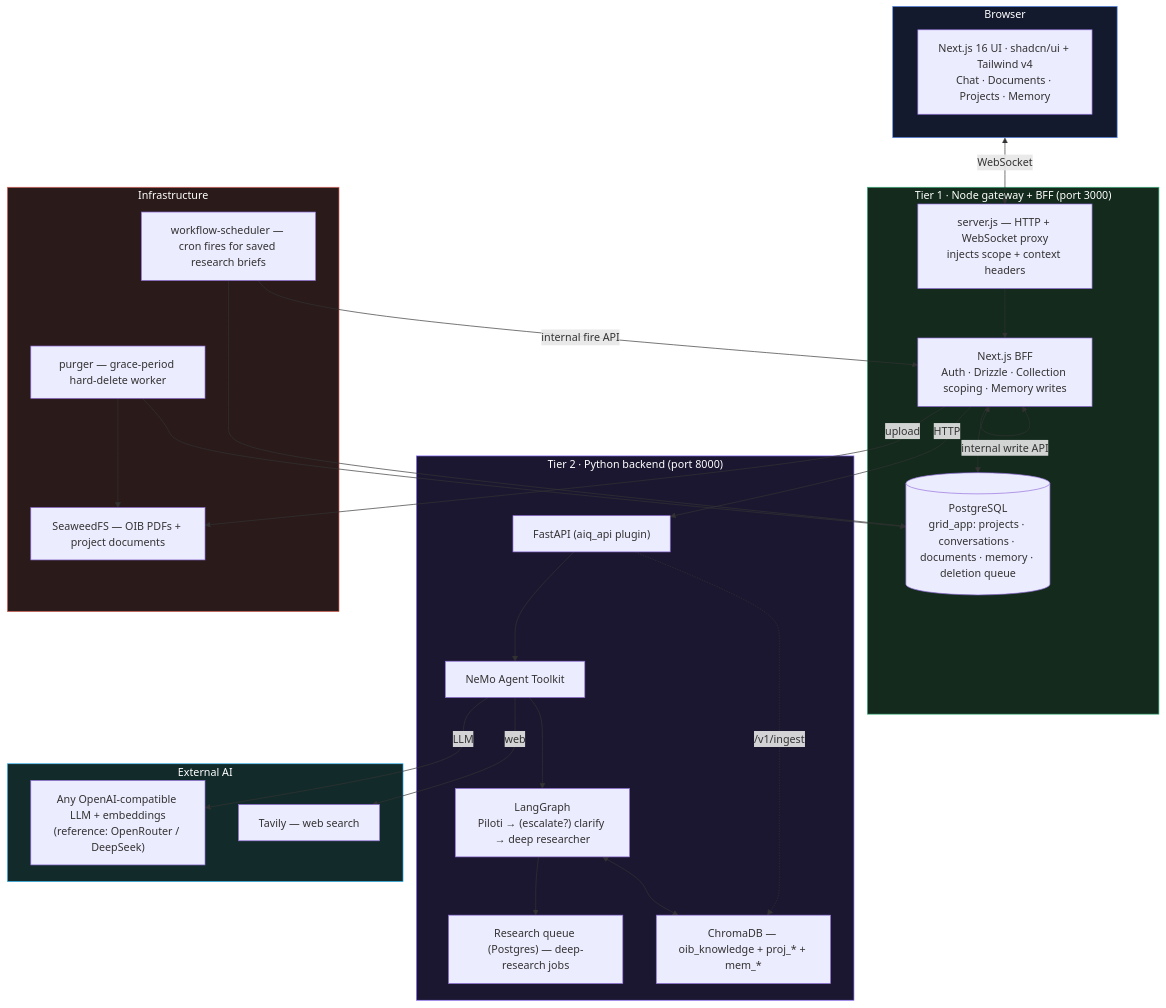
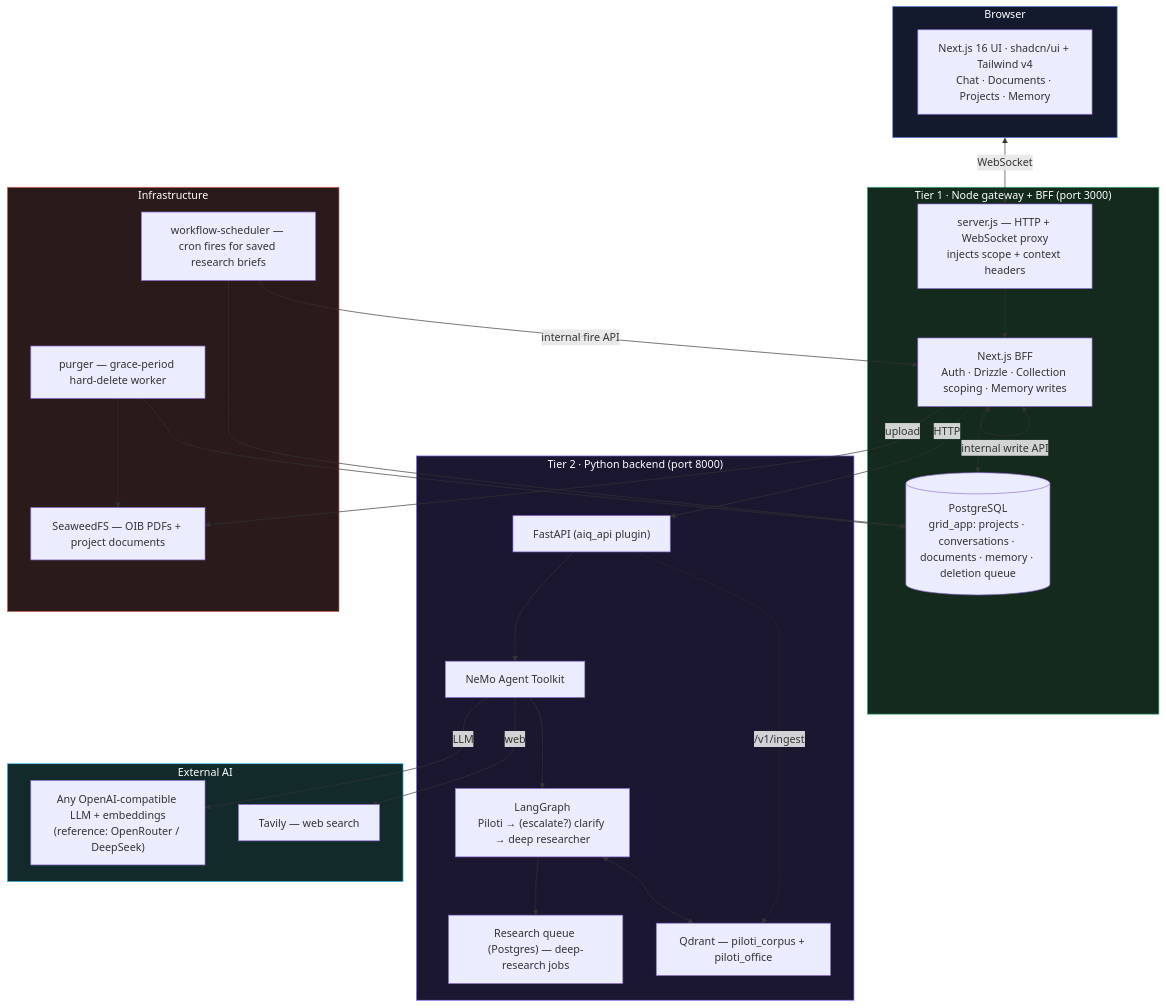
Before and after one commit to GRID-check/archos: the diagram in README.md, drawn with Mermaid. The commit also changed other lines of this file and 338 other files, not shown here.

First line of the commit message:
feat(knowledge)!: replace Chroma with Qdrant, with a one-time migration and one-query cross-project search (#1019)

````diff
--- a/README.md
+++ b/README.md
@@ -43,53 +43,53 @@
 ```mermaid
 flowchart TB
     subgraph Browser["Browser"]
         UI["Next.js 16 UI · shadcn/ui + Tailwind v4<br/>Chat · Documents · Projects · Memory"]
     end
 
     subgraph Gateway["Tier 1 · Node gateway + BFF (port 3000)"]
         GW["server.js — HTTP + WebSocket proxy<br/>injects scope + context headers"]
         BFF["Next.js BFF<br/>Auth · Drizzle · Collection scoping · Memory writes"]
         DB[(PostgreSQL<br/>grid_app: projects · conversations · documents · memory · deletion queue)]
     end
 
     subgraph Backend["Tier 2 · Python backend (port 8000)"]
         FAST["FastAPI (aiq_api plugin)"]
         NAT["NeMo Agent Toolkit"]
         LG["LangGraph<br/>Piloti → (escalate?) clarify → deep researcher"]
         JOBS["Research queue (Postgres) — deep-research jobs"]
-        CHROMA["ChromaDB — oib_knowledge + proj_* + mem_*"]
+        QDRANT["Qdrant — piloti_corpus + piloti_office"]
     end
 
     subgraph Storage["Infrastructure"]
         SEAWEED["SeaweedFS — OIB PDFs + project documents"]
         PURGER["purger — grace-period hard-delete worker"]
         WFS["workflow-scheduler — cron fires for saved research briefs"]
     end
 
     subgraph External["External AI"]
         OR["Any OpenAI-compatible LLM + embeddings<br/>(reference: OpenRouter / DeepSeek)"]
         TAVILY["Tavily — web search"]
     end
 
     Browser <-->|WebSocket| GW
     GW --> BFF
     BFF <--> DB
     BFF -->|HTTP| FAST
     BFF -->|internal write API| BFF
     FAST --> NAT --> LG --> JOBS
-    LG <--> CHROMA
+    LG <--> QDRANT
     BFF -->|upload| SEAWEED
-    FAST -.->|/v1/ingest| CHROMA
+    FAST -.->|/v1/ingest| QDRANT
     PURGER --> DB
     PURGER --> SEAWEED
     WFS --> DB
     WFS -->|internal fire API| BFF
     NAT -->|LLM| OR
     NAT -->|web| TAVILY
 
     style Browser fill:#141a2e,stroke:#5b8def,color:#fff
     style Gateway fill:#132a1d,stroke:#3fb27f,color:#fff
     style Backend fill:#1b1730,stroke:#8a6cff,color:#fff
     style Storage fill:#2a1a1a,stroke:#e0685b,color:#fff
     style External fill:#132a2a,stroke:#38bdf8,color:#fff
 ```
````
